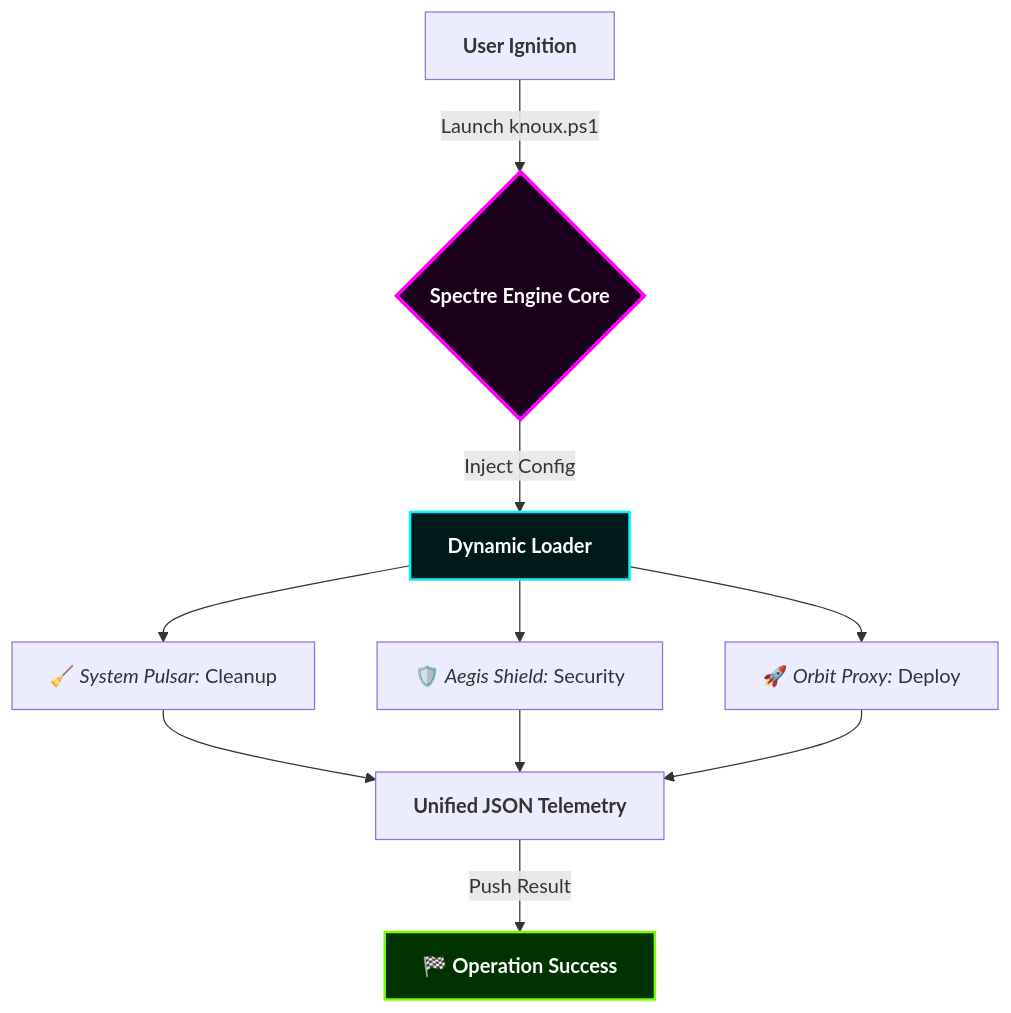
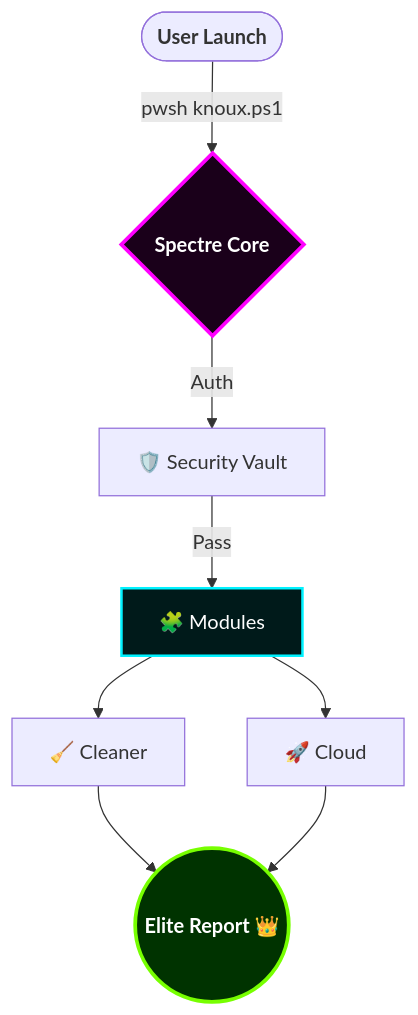
One commit to knuux7-ctrl/Knoux-Spectre-Toolbox changed the diagram in README.md. Above: the diagram before and after it, drawn with Mermaid. The commit also changed other lines of this file, not shown here.

````diff
--- a/README.md
+++ b/README.md
@@ -34,15 +47,14 @@
 ```mermaid
 graph TD
-    A[<b>User Ignition</b>] -- "Launch knoux.ps1" --> B{<b>Spectre Engine Core</b>}
-    B -- "Inject Config" --> C[<b>Dynamic Loader</b>]
-    C --> D[🧹 <i>System Pulsar:</i> Cleanup]
-    C --> E[🛡️ <i>Aegis Shield:</i> Security]
-    C --> F[🚀 <i>Orbit Proxy:</i> Deploy]
-    D & E & F --> G[<b>Unified JSON Telemetry</b>]
-    G -- "Push Result" --> H[🏁 <b>Operation Success</b>]
+    User([<b>User Launch</b>]) -- "pwsh knoux.ps1" --> Core{<b>Spectre Core</b>}
+    Core -- "Auth" --> Shield[🛡️ Security Vault]
+    Shield -- "Pass" --> Registry[🧩 Modules]
+    Registry --> Clean[🧹 Cleaner]
+    Registry --> Deploy[🚀 Cloud]
+    Clean & Deploy --> Report((<b>Elite Report 👑</b>))
 
-    style B fill:#1a001a,stroke:#ff00ff,stroke-width:3px,color:#fff
-    style C fill:#001a1a,stroke:#00f2ff,stroke-width:2px,color:#fff
-    style H fill:#003300,stroke:#77ff00,stroke-width:2px,color:#fff
+    style Core fill:#1a001a,stroke:#ff00ff,stroke-width:3px,color:#fff
+    style Registry fill:#001a1a,stroke:#00f2ff,stroke-width:2px,color:#fff
+    style Report fill:#003300,stroke:#77ff00,stroke-width:3px,color:#fff
 
 ```
````
